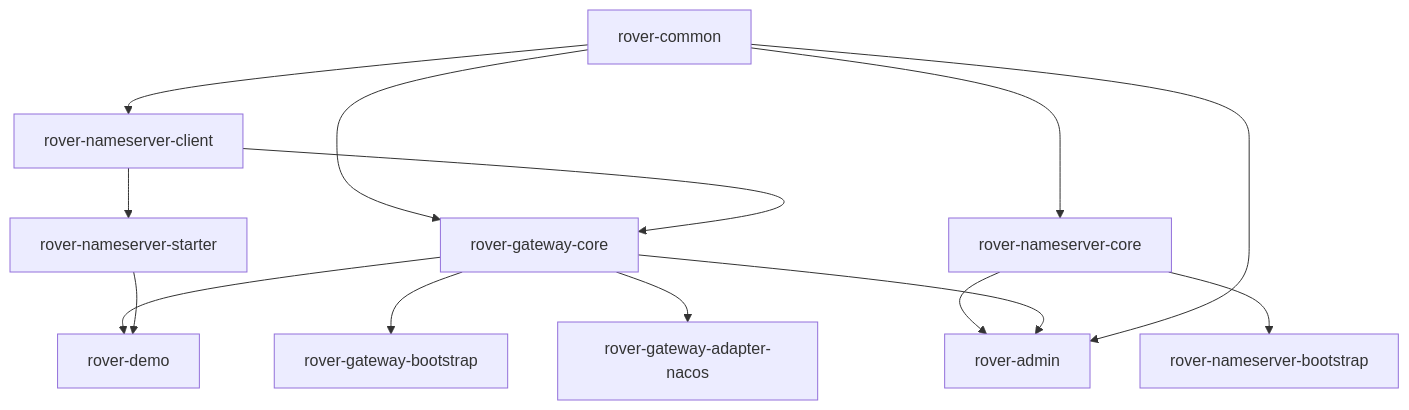
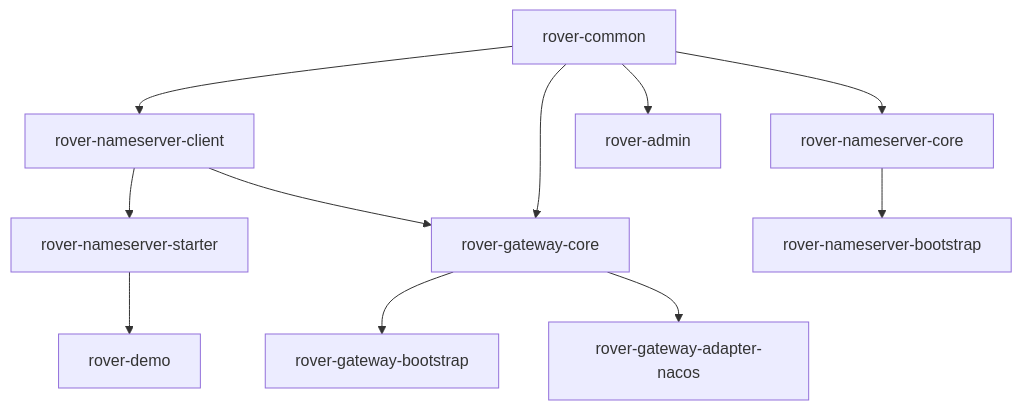
The third of 3 diagrams in docs-public/architecture.md (zzl-qz/Rover-Suite), drawn with Mermaid before and after one commit. The commit also changed other lines of this file and 74 other files, not shown here.

````diff
--- a/docs-public/architecture.md
+++ b/docs-public/architecture.md
@@ -54,19 +300,16 @@
 ```mermaid
 flowchart TB
-    CM[rover-common]
+    CM["rover-common"]
 
-    CM --> NC[rover-nameserver-client]
-    CM --> NK[rover-nameserver-core]
-    CM --> GC[rover-gateway-core]
+    CM --> NC["rover-nameserver-client"]
+    CM --> NK["rover-nameserver-core"]
+    CM --> GC["rover-gateway-core"]
 
-    NC --> ST[rover-nameserver-starter]
+    NC --> ST["rover-nameserver-starter"]
     NC --> GC
-    NK --> NS[rover-nameserver-bootstrap]
-    NK --> AD[rover-admin]
-    GC --> GB[rover-gateway-bootstrap]
-    GC --> NA[rover-gateway-adapter-nacos]
-    GC --> AD
-    GC --> DM[rover-demo]
-    ST --> DM
-    CM --> AD
+    NK --> NS["rover-nameserver-bootstrap"]
+    GC --> GB["rover-gateway-bootstrap"]
+    GC --> NA["rover-gateway-adapter-nacos"]
+    ST --> DM["rover-demo"]
+    CM --> AD["rover-admin"]
 ```
````
